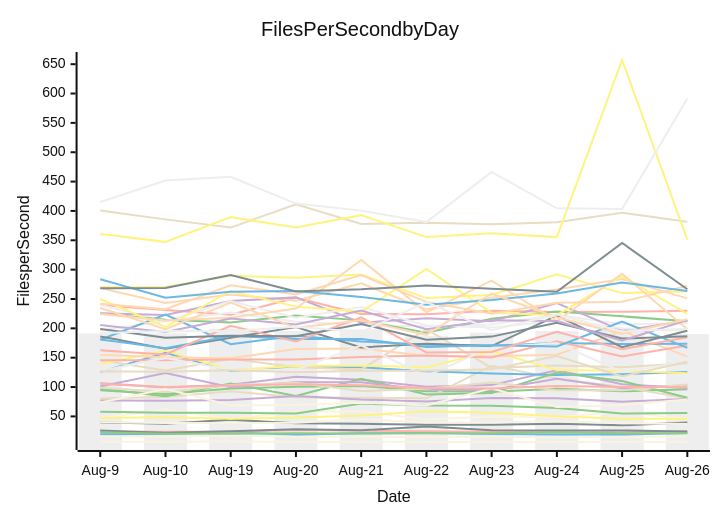
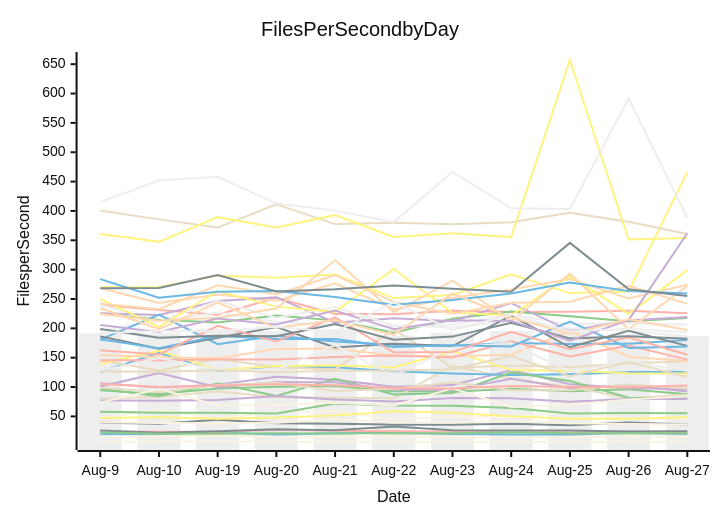
One commit to streetsidesoftware/cspell changed the diagram in perf-report.md. Above: the diagram before and after it, drawn with Mermaid (neutral theme). The commit also changed other lines of this file and 2 other files, not shown here.

````diff
--- a/perf-report.md
+++ b/perf-report.md
@@ -11,57 +11,57 @@
 ```mermaid
 xychart-beta
     title Files Per Second by Day
     y-axis Files per Second
-    x-axis Date [Aug-9, Aug-10, Aug-19, Aug-20, Aug-21, Aug-22, Aug-23, Aug-24, Aug-25, Aug-26]
-    bar [191.27, 191.48, 199.45, 195.67, 198.22, 187.40, 192.61, 195.61, 200.69, 190.24]
-    line [19.76, 19.87, 23.15, 18.80, 21.30, 21.70, 20.11, 19.24, 18.97, 21.74]
-    line [94.45, 88.13, 97.66, 100.71, 101.93, 92.80, 92.11, 97.07, 92.83, 96.14]
-    line [106.66, 99.38, 103.80, 117.71, 112.47, 100.50, 103.30, 128.71, 104.89, 98.28]
-    line [80.61, 83.15, 92.81, 82.44, 81.86, 80.75, 136.22, 114.72, 99.92, 81.00]
-    line [239.79, 231.09, 223.10, 252.00, 224.60, 224.17, 230.06, 227.93, 228.22, 229.99]
-    line [269.81, 270.47, 289.77, 286.14, 291.59, 251.52, 256.69, 292.19, 260.02, 262.94]
-    line [39.52, 37.52, 44.46, 38.46, 37.42, 35.96, 35.65, 37.61, 34.82, 39.47]
-    line [268.54, 243.09, 257.77, 247.18, 276.72, 232.23, 252.08, 266.01, 283.94, 251.01]
-    line [6.78, 6.60, 7.51, 6.38, 6.72, 6.55, 6.77, 6.55, 6.58, 6.64]
-    line [240.17, 211.99, 227.00, 211.38, 205.51, 203.10, 206.43, 223.33, 206.89, 208.72]
-    line [125.68, 158.27, 127.25, 135.61, 133.76, 126.70, 123.28, 120.42, 121.90, 125.42]
-    line [225.24, 214.74, 210.02, 221.88, 213.58, 192.56, 216.27, 228.68, 220.47, 211.98]
-    line [225.91, 222.58, 246.74, 252.74, 209.47, 217.12, 212.13, 242.98, 195.81, 213.43]
-    line [145.75, 128.32, 148.05, 133.76, 130.09, 198.58, 132.66, 136.89, 133.84, 140.74]
-    line [24.65, 23.72, 23.68, 26.94, 25.51, 24.79, 23.76, 23.53, 22.75, 24.32]
-    line [139.45, 161.93, 128.87, 135.71, 136.66, 133.36, 161.38, 128.87, 127.62, 123.35]
-    line [25.95, 22.03, 24.86, 28.29, 26.21, 32.71, 26.20, 26.09, 26.00, 24.43]
-    line [154.75, 150.93, 149.02, 164.86, 165.64, 153.35, 152.64, 155.02, 195.52, 151.70]
-    line [15.80, 15.53, 17.25, 15.28, 15.49, 14.84, 15.46, 14.39, 15.01, 15.63]
-    line [196.97, 211.99, 246.59, 218.10, 236.31, 204.94, 201.38, 212.81, 200.01, 195.34]
-    line [180.75, 223.35, 172.94, 187.16, 177.68, 172.01, 170.49, 175.09, 173.22, 173.59]
-    line [96.93, 84.41, 106.12, 84.61, 114.12, 87.31, 89.99, 124.55, 110.24, 81.92]
-    line [77.16, 76.75, 77.91, 84.91, 78.76, 75.34, 81.46, 80.77, 74.97, 79.78]
-    line [400.74, 385.62, 371.65, 411.46, 377.61, 379.88, 377.18, 380.64, 396.91, 381.52]
-    line [145.79, 145.58, 147.10, 147.08, 151.07, 153.94, 150.27, 178.09, 152.08, 170.66]
-    line [249.96, 202.34, 263.67, 236.99, 228.06, 301.20, 226.40, 222.40, 289.06, 224.56]
-    line [186.27, 165.43, 184.07, 202.12, 167.51, 173.85, 169.85, 221.75, 167.75, 195.90]
-    line [224.37, 213.27, 217.89, 233.79, 316.48, 227.32, 281.23, 212.31, 293.11, 198.49]
-    line [47.00, 61.84, 45.89, 57.63, 58.67, 44.77, 49.92, 49.06, 57.90, 45.60]
-    line [127.47, 149.55, 129.16, 129.10, 170.99, 119.13, 167.47, 175.06, 125.57, 143.51]
-    line [181.18, 166.12, 186.93, 181.85, 181.88, 168.34, 171.35, 169.12, 211.70, 166.64]
-    line [57.90, 56.15, 56.35, 54.76, 71.89, 68.47, 68.09, 64.39, 54.76, 55.64]
-    line [101.07, 123.80, 99.87, 108.06, 107.98, 95.34, 94.96, 114.12, 97.84, 103.09]
-    line [98.84, 91.76, 103.43, 107.49, 93.08, 97.11, 107.90, 94.53, 94.47, 104.38]
-    line [162.48, 155.40, 204.32, 177.59, 218.64, 159.00, 159.79, 194.26, 164.45, 184.75]
-    line [360.76, 347.31, 389.41, 371.89, 392.82, 355.53, 361.83, 355.43, 657.12, 351.25]
-    line [198.91, 184.05, 187.41, 186.67, 207.48, 180.49, 185.92, 209.38, 182.67, 186.49]
-    line [242.10, 232.62, 273.32, 257.69, 290.62, 245.10, 224.83, 243.49, 245.36, 272.30]
-    line [73.60, 96.61, 68.89, 69.48, 73.38, 68.77, 97.84, 66.15, 69.59, 78.77]
-    line [415.14, 451.69, 458.22, 412.53, 400.53, 380.98, 466.37, 404.40, 403.18, 591.49]
-    line [283.77, 252.09, 262.36, 263.68, 253.37, 240.18, 248.22, 259.20, 278.18, 263.50]
-    line [22.84, 20.59, 20.47, 21.22, 20.90, 21.42, 21.40, 22.88, 21.36, 21.22]
-    line [205.56, 193.98, 216.67, 206.61, 230.20, 198.53, 213.69, 212.64, 179.07, 214.07]
-    line [126.64, 126.17, 128.45, 125.27, 127.94, 127.77, 130.20, 152.67, 118.34, 143.02]
-    line [105.46, 100.11, 102.43, 104.89, 103.21, 98.21, 97.36, 101.78, 100.00, 99.58]
-    line [47.26, 48.66, 46.00, 48.26, 51.42, 58.83, 56.30, 50.38, 45.97, 45.91]
-    line [268.09, 268.70, 290.78, 262.94, 266.60, 272.93, 267.45, 262.37, 345.57, 266.69]
-    line [234.76, 198.61, 243.75, 200.90, 213.71, 188.91, 259.37, 218.53, 190.79, 215.33]
-    line [39.98, 38.63, 38.64, 39.11, 45.24, 39.50, 39.66, 42.07, 38.23, 36.94]
-    line [192.03, 195.48, 194.87, 202.54, 193.62, 244.63, 196.70, 223.56, 194.58, 199.46]
+    x-axis Date [Aug-9, Aug-10, Aug-19, Aug-20, Aug-21, Aug-22, Aug-23, Aug-24, Aug-25, Aug-26, Aug-27]
+    bar [191.27, 191.48, 199.45, 195.67, 198.22, 187.40, 192.61, 195.61, 200.69, 190.24, 186.81]
+    line [19.76, 19.87, 23.15, 18.80, 21.30, 21.70, 20.11, 19.24, 18.97, 21.74, 19.97]
+    line [94.45, 88.13, 97.66, 100.71, 101.93, 92.80, 92.11, 97.07, 92.83, 96.14, 87.59]
+    line [106.66, 99.38, 103.80, 117.71, 112.47, 100.50, 103.30, 128.71, 104.89, 98.28, 96.39]
+    line [80.61, 83.15, 92.81, 82.44, 81.86, 80.75, 136.22, 114.72, 99.92, 81.00, 86.97]
+    line [239.79, 231.09, 223.10, 252.00, 224.60, 224.17, 230.06, 227.93, 228.22, 229.99, 225.56]
+    line [269.81, 270.47, 289.77, 286.14, 291.59, 251.52, 256.69, 292.19, 260.02, 262.94, 466.46]
+    line [39.52, 37.52, 44.46, 38.46, 37.42, 35.96, 35.65, 37.61, 34.82, 39.47, 36.02]
+    line [268.54, 243.09, 257.77, 247.18, 276.72, 232.23, 252.08, 266.01, 283.94, 251.01, 274.39]
+    line [6.78, 6.60, 7.51, 6.38, 6.72, 6.55, 6.77, 6.55, 6.58, 6.64, 6.42]
+    line [240.17, 211.99, 227.00, 211.38, 205.51, 203.10, 206.43, 223.33, 206.89, 208.72, 206.49]
+    line [125.68, 158.27, 127.25, 135.61, 133.76, 126.70, 123.28, 120.42, 121.90, 125.42, 126.14]
+    line [225.24, 214.74, 210.02, 221.88, 213.58, 192.56, 216.27, 228.68, 220.47, 211.98, 217.51]
+    line [225.91, 222.58, 246.74, 252.74, 209.47, 217.12, 212.13, 242.98, 195.81, 213.43, 219.29]
+    line [145.75, 128.32, 148.05, 133.76, 130.09, 198.58, 132.66, 136.89, 133.84, 140.74, 143.87]
+    line [24.65, 23.72, 23.68, 26.94, 25.51, 24.79, 23.76, 23.53, 22.75, 24.32, 23.37]
+    line [139.45, 161.93, 128.87, 135.71, 136.66, 133.36, 161.38, 128.87, 127.62, 123.35, 123.16]
+    line [25.95, 22.03, 24.86, 28.29, 26.21, 32.71, 26.20, 26.09, 26.00, 24.43, 24.72]
+    line [154.75, 150.93, 149.02, 164.86, 165.64, 153.35, 152.64, 155.02, 195.52, 151.70, 144.52]
+    line [15.80, 15.53, 17.25, 15.28, 15.49, 14.84, 15.46, 14.39, 15.01, 15.63, 15.11]
+    line [196.97, 211.99, 246.59, 218.10, 236.31, 204.94, 201.38, 212.81, 200.01, 195.34, 186.53]
+    line [180.75, 223.35, 172.94, 187.16, 177.68, 172.01, 170.49, 175.09, 173.22, 173.59, 180.21]
+    line [96.93, 84.41, 106.12, 84.61, 114.12, 87.31, 89.99, 124.55, 110.24, 81.92, 80.95]
+    line [77.16, 76.75, 77.91, 84.91, 78.76, 75.34, 81.46, 80.77, 74.97, 79.78, 79.48]
+    line [400.74, 385.62, 371.65, 411.46, 377.61, 379.88, 377.18, 380.64, 396.91, 381.52, 360.83]
+    line [145.79, 145.58, 147.10, 147.08, 151.07, 153.94, 150.27, 178.09, 152.08, 170.66, 146.72]
+    line [249.96, 202.34, 263.67, 236.99, 228.06, 301.20, 226.40, 222.40, 289.06, 224.56, 299.11]
+    line [186.27, 165.43, 184.07, 202.12, 167.51, 173.85, 169.85, 221.75, 167.75, 195.90, 170.16]
+    line [224.37, 213.27, 217.89, 233.79, 316.48, 227.32, 281.23, 212.31, 293.11, 198.49, 272.12]
+    line [47.00, 61.84, 45.89, 57.63, 58.67, 44.77, 49.92, 49.06, 57.90, 45.60, 47.39]
+    line [127.47, 149.55, 129.16, 129.10, 170.99, 119.13, 167.47, 175.06, 125.57, 143.51, 127.26]
+    line [181.18, 166.12, 186.93, 181.85, 181.88, 168.34, 171.35, 169.12, 211.70, 166.64, 169.19]
+    line [57.90, 56.15, 56.35, 54.76, 71.89, 68.47, 68.09, 64.39, 54.76, 55.64, 55.50]
+    line [101.07, 123.80, 99.87, 108.06, 107.98, 95.34, 94.96, 114.12, 97.84, 103.09, 92.24]
+    line [98.84, 91.76, 103.43, 107.49, 93.08, 97.11, 107.90, 94.53, 94.47, 104.38, 97.34]
+    line [162.48, 155.40, 204.32, 177.59, 218.64, 159.00, 159.79, 194.26, 164.45, 184.75, 154.91]
+    line [360.76, 347.31, 389.41, 371.89, 392.82, 355.53, 361.83, 355.43, 657.12, 351.25, 353.69]
+    line [198.91, 184.05, 187.41, 186.67, 207.48, 180.49, 185.92, 209.38, 182.67, 186.49, 182.27]
+    line [242.10, 232.62, 273.32, 257.69, 290.62, 245.10, 224.83, 243.49, 245.36, 272.30, 241.75]
+    line [73.60, 96.61, 68.89, 69.48, 73.38, 68.77, 97.84, 66.15, 69.59, 78.77, 84.52]
+    line [415.14, 451.69, 458.22, 412.53, 400.53, 380.98, 466.37, 404.40, 403.18, 591.49, 388.78]
+    line [283.77, 252.09, 262.36, 263.68, 253.37, 240.18, 248.22, 259.20, 278.18, 263.50, 259.54]
+    line [22.84, 20.59, 20.47, 21.22, 20.90, 21.42, 21.40, 22.88, 21.36, 21.22, 21.34]
+    line [205.56, 193.98, 216.67, 206.61, 230.20, 198.53, 213.69, 212.64, 179.07, 214.07, 361.94]
+    line [126.64, 126.17, 128.45, 125.27, 127.94, 127.77, 130.20, 152.67, 118.34, 143.02, 117.15]
+    line [105.46, 100.11, 102.43, 104.89, 103.21, 98.21, 97.36, 101.78, 100.00, 99.58, 102.72]
+    line [47.26, 48.66, 46.00, 48.26, 51.42, 58.83, 56.30, 50.38, 45.97, 45.91, 48.45]
+    line [268.09, 268.70, 290.78, 262.94, 266.60, 272.93, 267.45, 262.37, 345.57, 266.69, 254.99]
+    line [234.76, 198.61, 243.75, 200.90, 213.71, 188.91, 259.37, 218.53, 190.79, 215.33, 197.14]
+    line [39.98, 38.63, 38.64, 39.11, 45.24, 39.50, 39.66, 42.07, 38.23, 36.94, 36.40]
+    line [192.03, 195.48, 194.87, 202.54, 193.62, 244.63, 196.70, 223.56, 194.58, 199.46, 193.17]
 ```
````
